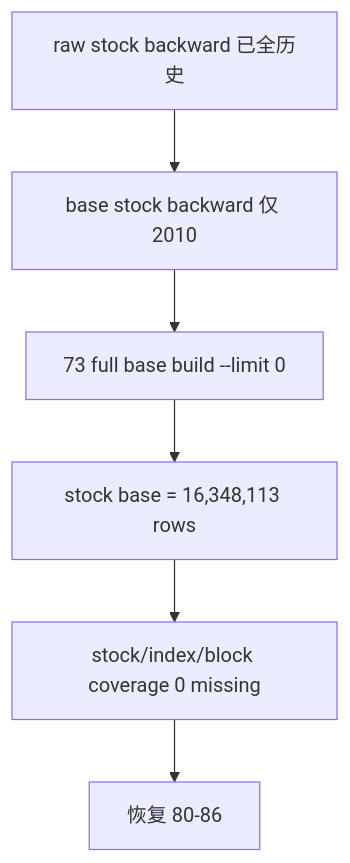
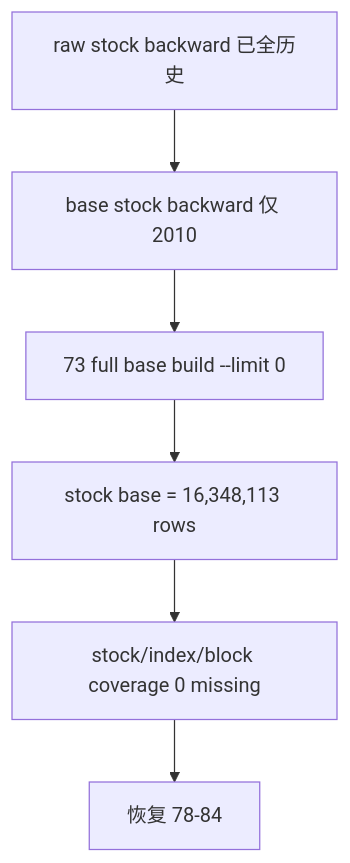
The diagram in docs/03-execution/73-market-base-backward-full-history-backfill-conclusion-20260416.md (everything-is-simple/lifespan-0.01), drawn with Mermaid before and after one commit. The commit also changed other lines of this file and 86 other files, not shown here.

````diff
--- a/docs/03-execution/73-market-base-backward-full-history-backfill-conclusion-20260416.md
+++ b/docs/03-execution/73-market-base-backward-full-history-backfill-conclusion-20260416.md
@@ -38,8 +38,8 @@
 ```mermaid
 flowchart TD
     A["raw stock backward 已全历史"] --> B["base stock backward 仅 2010"]
     B --> C["73 full base build --limit 0"]
     C --> D["stock base = 16,348,113 rows"]
     D --> E["stock/index/block coverage 0 missing"]
-    E --> F["恢复 80-86"]
+    E --> F["恢复 78-84"]
 ```
````
